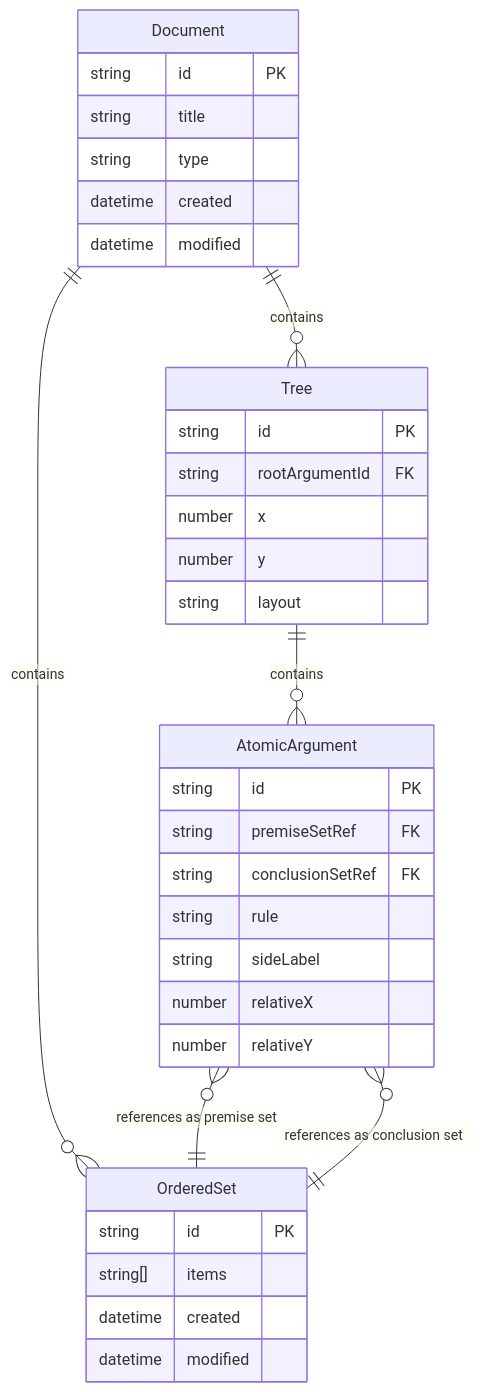
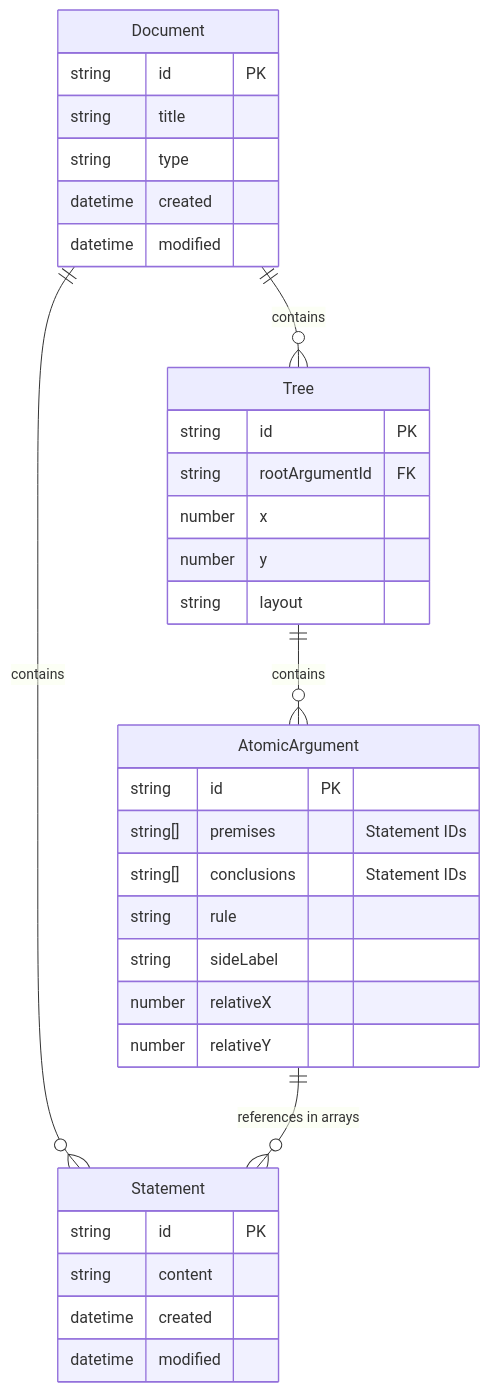
The diagram in docs/04-architecture/core-vs-language-responsibilities.md (nate123456/proof-editor), drawn with Mermaid before and after one commit. The commit also changed other lines of this file and 162 other files, not shown here.

````diff
--- a/docs/04-architecture/core-vs-language-responsibilities.md
+++ b/docs/04-architecture/core-vs-language-responsibilities.md
@@ -198,41 +198,40 @@
 ```mermaid
 erDiagram
     Document ||--o{ Tree : contains
-    Document ||--o{ OrderedSet : contains
+    Document ||--o{ Statement : contains
     Tree ||--o{ AtomicArgument : contains
-    AtomicArgument }o--|| OrderedSet : "references as premise set"
-    AtomicArgument }o--|| OrderedSet : "references as conclusion set"
+    AtomicArgument ||--o{ Statement : "references in arrays"
     
-    OrderedSet {
+    Statement {
         string id PK
-        string[] items
+        string content
         datetime created
         datetime modified
     }
     
     AtomicArgument {
         string id PK
-        string premiseSetRef FK
-        string conclusionSetRef FK
+        string[] premises "Statement IDs"
+        string[] conclusions "Statement IDs"
         string rule
         string sideLabel
         number relativeX
         number relativeY
     }
     
     Tree {
         string id PK
         string rootArgumentId FK
         number x
         number y
         string layout
     }
     
     Document {
         string id PK
         string title
         string type
         datetime created
         datetime modified
     }
 ```
````
